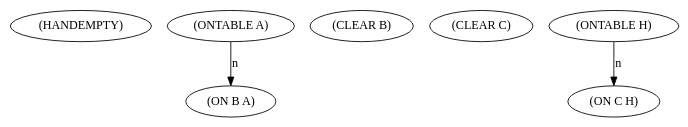
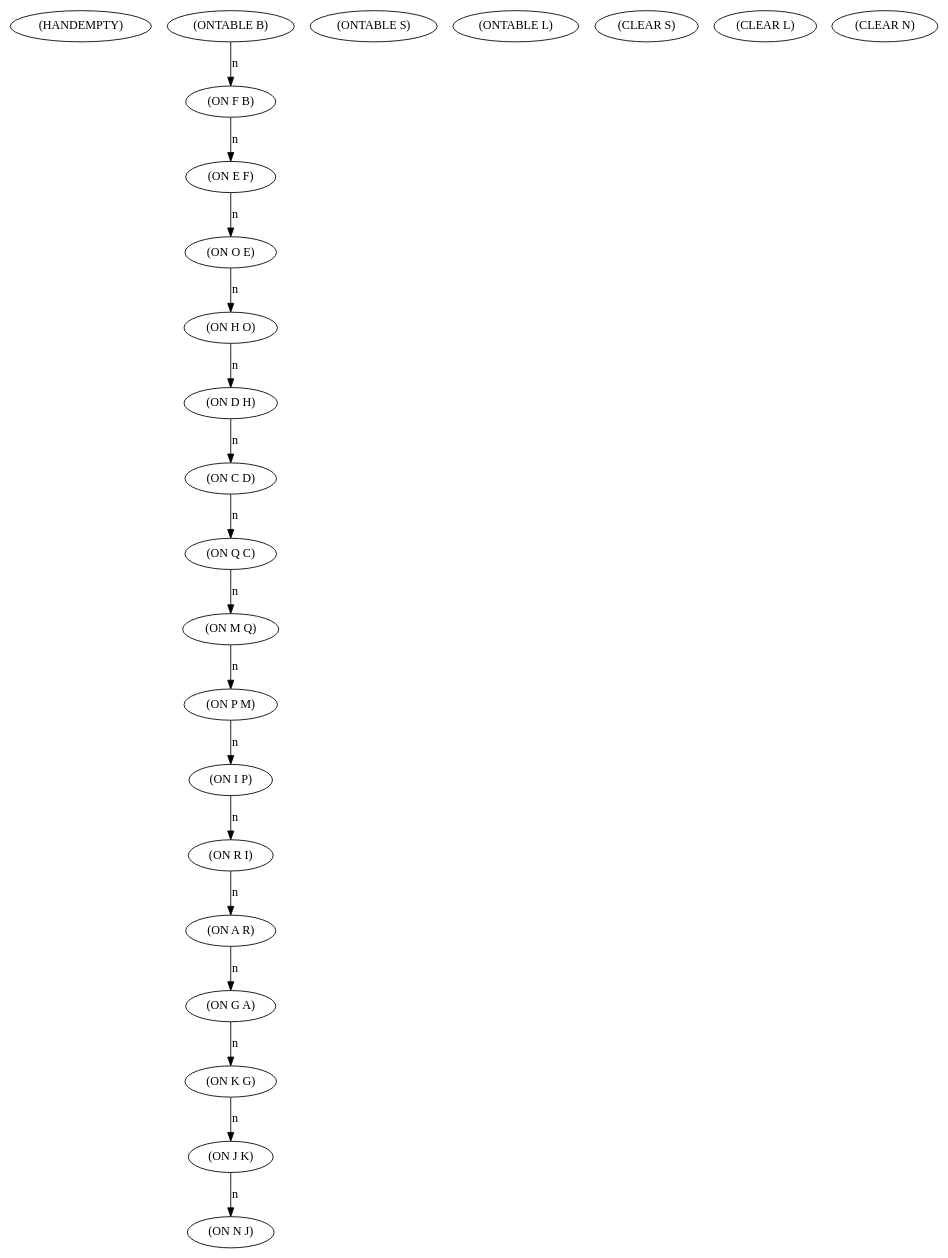
Before and after one commit to you68681/BFWS_Backward_Cmake: the diagram in cmake-build-debug/graph_land.dot, drawn with Graphviz. The commit also changed 32 other files, not shown here.

```diff
--- a/cmake-build-debug/graph_land.dot
+++ b/cmake-build-debug/graph_land.dot
@@ -1,11 +1,41 @@
 digraph L {
-23 [label="(HANDEMPTY)"];
-27 [label="(ON B A)"];
-22 [label="(CLEAR B)"];
-24 [label="(CLEAR C)"];
-28 [label="(ON C H)"];
-26 [label="(ONTABLE A)"];
-25 [label="(ONTABLE H)"];
-26 -> 27 [label="n"];
-25 -> 28 [label="n"];
+396 [label="(HANDEMPTY)"];
+401 [label="(ON F B)"];
+402 [label="(ON E F)"];
+403 [label="(ON O E)"];
+404 [label="(ON H O)"];
+405 [label="(ON D H)"];
+406 [label="(ON C D)"];
+407 [label="(ON Q C)"];
+408 [label="(ON M Q)"];
+409 [label="(ON P M)"];
+410 [label="(ON I P)"];
+411 [label="(ON R I)"];
+412 [label="(ON A R)"];
+413 [label="(ON G A)"];
+414 [label="(ON K G)"];
+415 [label="(ON J K)"];
+416 [label="(ON N J)"];
+418 [label="(ONTABLE S)"];
+417 [label="(ONTABLE L)"];
+400 [label="(ONTABLE B)"];
+399 [label="(CLEAR S)"];
+398 [label="(CLEAR L)"];
+397 [label="(CLEAR N)"];
+400 -> 401 [label="n"];
+401 -> 402 [label="n"];
+402 -> 403 [label="n"];
+403 -> 404 [label="n"];
+404 -> 405 [label="n"];
+405 -> 406 [label="n"];
+406 -> 407 [label="n"];
+407 -> 408 [label="n"];
+408 -> 409 [label="n"];
+409 -> 410 [label="n"];
+410 -> 411 [label="n"];
+411 -> 412 [label="n"];
+412 -> 413 [label="n"];
+413 -> 414 [label="n"];
+414 -> 415 [label="n"];
+415 -> 416 [label="n"];
 }
```
